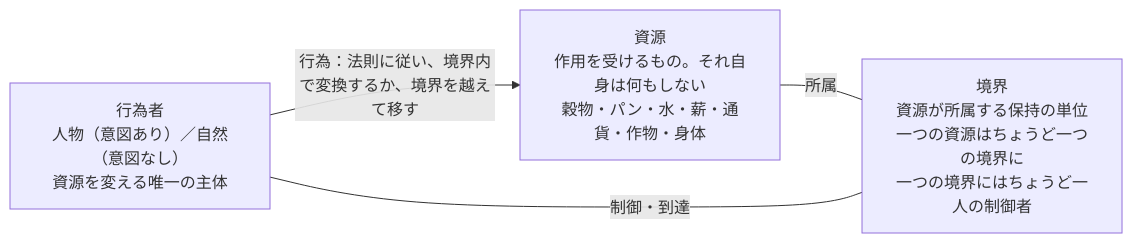
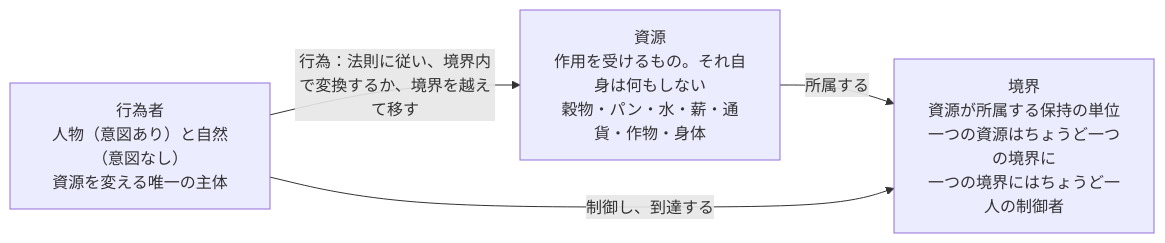
The first of 3 diagrams in docs/DESIGN.md (demerzel09/Medieval-Simulator), drawn with Mermaid before and after one commit. The commit also changed 2 other files, not shown here.

````diff
--- a/docs/DESIGN.md
+++ b/docs/DESIGN.md
@@ -55,9 +55,9 @@
 ```mermaid
 flowchart LR
-  A["行為者<br/>人物（意図あり）／自然（意図なし）<br/>資源を変える唯一の主体"]
+  A["行為者<br/>人物（意図あり）と自然（意図なし）<br/>資源を変える唯一の主体"]
   R["資源<br/>作用を受けるもの。それ自身は何もしない<br/>穀物・パン・水・薪・通貨・作物・身体"]
   K["境界<br/>資源が所属する保持の単位<br/>一つの資源はちょうど一つの境界に<br/>一つの境界にはちょうど一人の制御者"]
   A -->|"行為：法則に従い、境界内で変換するか、境界を越えて移す"| R
-  R ---|"所属"| K
-  A ---|"制御・到達"| K
+  R -->|"所属する"| K
+  A -->|"制御し、到達する"| K
 ```
````
